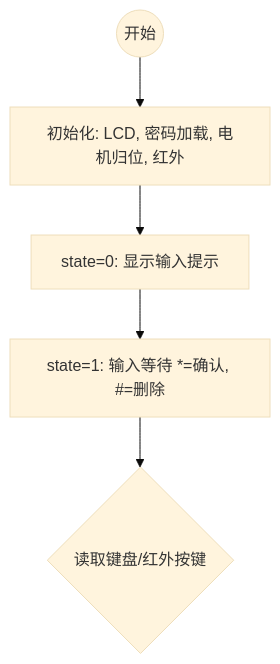
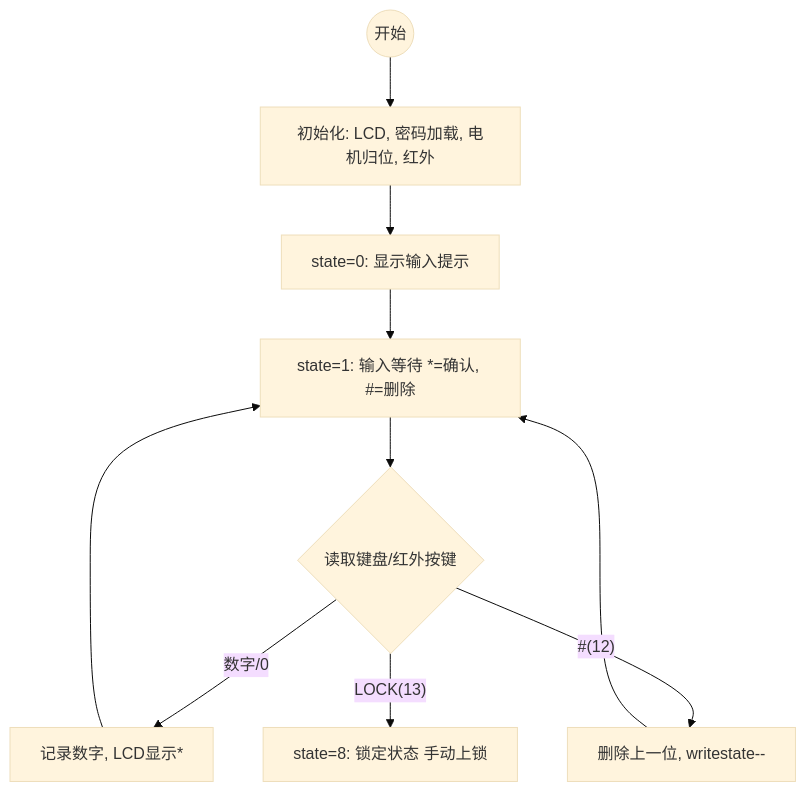
The diagram in all/未命名-1.md (ksxyh-22/iodraw-files), drawn with Mermaid (base theme) before and after one commit.

Commit message:
2025-10-11 11:01:13 update

````diff
--- a/all/未命名-1.md
+++ b/all/未命名-1.md
@@ -1,13 +1,21 @@
 ```mermaid
 graph TD
     %% 状态机主流程
     START((开始)) --> INIT[初始化: LCD, 密码加载, 电机归位, 红外];
     INIT --> S0[state=0: 显示输入提示];
 
     %% 状态 1: 密码输入与验证
     S0 --> S1[state=1: 输入等待 *=确认, #=删除];
     
     S1 --> INPUT{读取键盘/红外按键};
     
+    INPUT -- 数字/0 --> DIGIT[记录数字, LCD显示*];
+    DIGIT --> S1;
+
+    INPUT -- #(12) --> DELETE[删除上一位, writestate--];
+    DELETE --> S1;
+
+    INPUT -- LOCK(13) --> S8[state=8: 锁定状态 手动上锁];
     
+   
 ```
````
